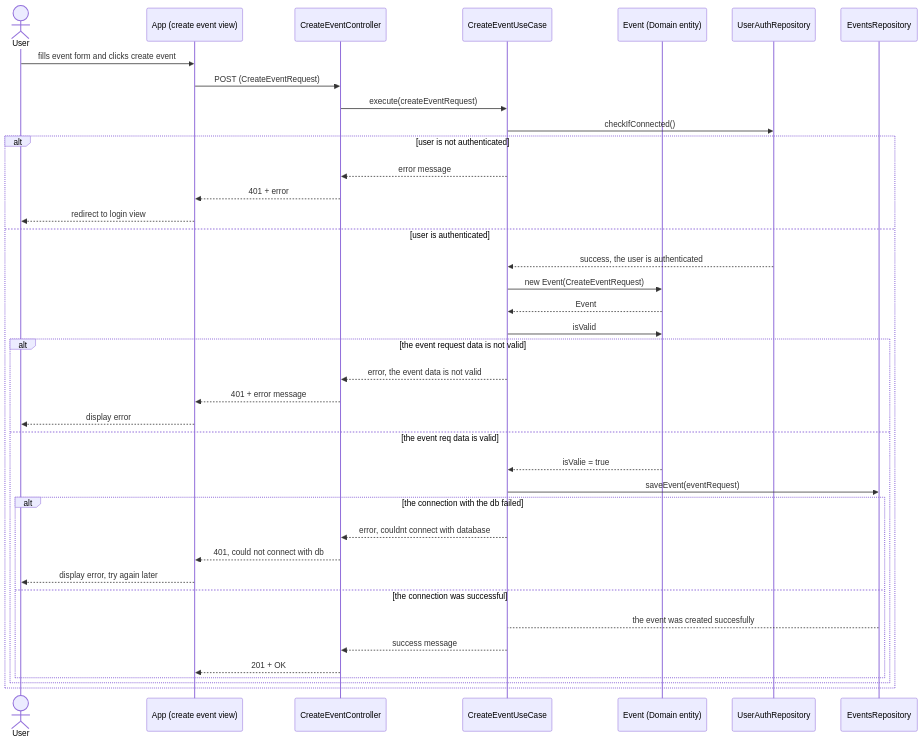
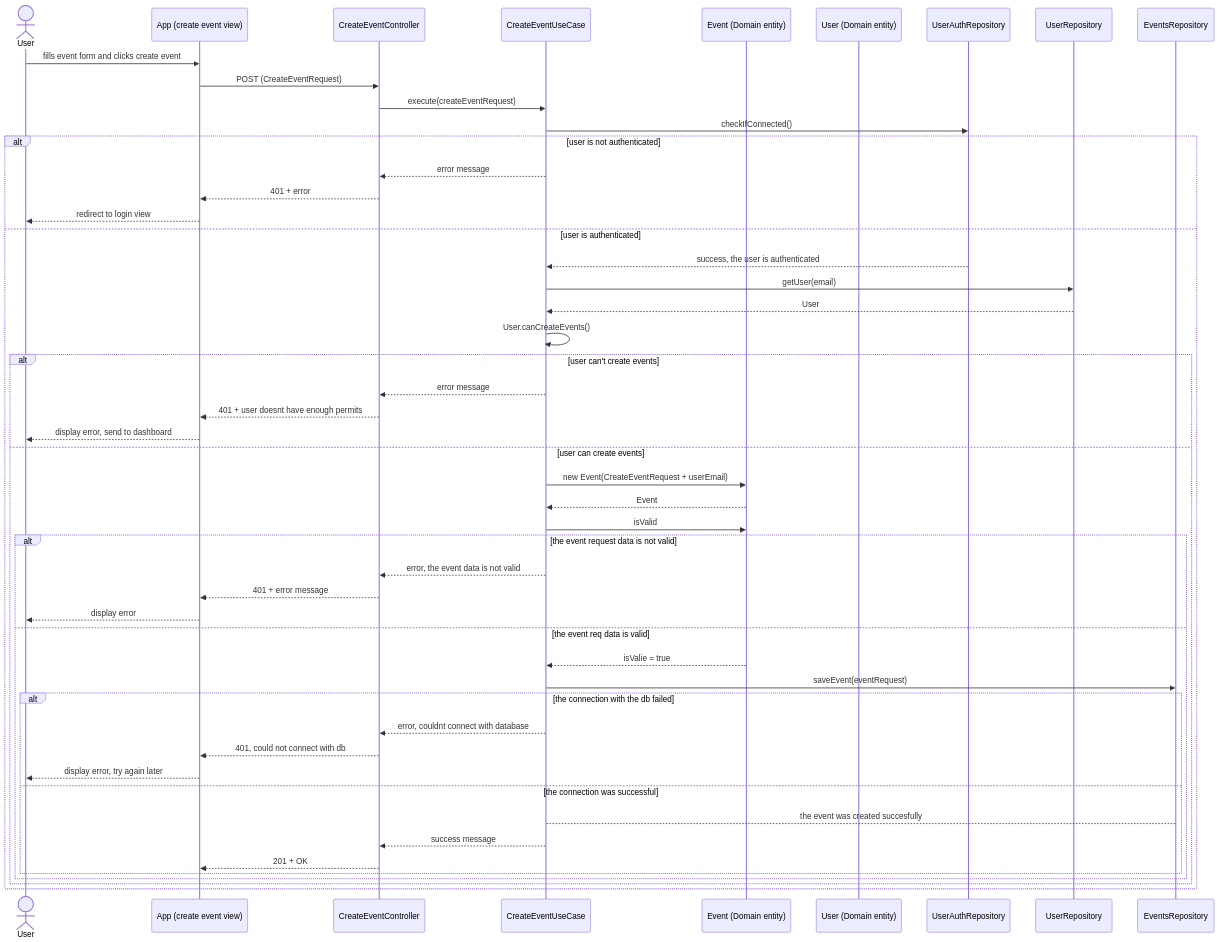
The diagram in docs/events.md (Lenninssp/Cannin-Tickets), drawn with Mermaid before and after one commit. The commit also changed 5 other files, not shown here.

Commit message:
request and response models create events

````diff
--- a/docs/events.md
+++ b/docs/events.md
@@ -3,43 +3,54 @@
 ```mermaid
 
 sequenceDiagram
 actor User
 participant UI as App (create event view)
 participant Controller as CreateEventController
 participant UseCase as CreateEventUseCase
 participant EventEntity as Event (Domain entity)
+participant UserEntity as User (Domain entity)
 participant AuthRepo as UserAuthRepository
+participant UserRepo as UserRepository
 participant EventRepo as EventsRepository
 
 User->>UI: fills event form and clicks create event
 UI->>Controller: POST (CreateEventRequest)
 Controller->>UseCase: execute(createEventRequest)
 UseCase->>AuthRepo: checkIfConnected()
 alt user is not authenticated
   UseCase-->>Controller: error message
   Controller-->>UI: 401 + error
   UI-->>User: redirect to login view
 else user is authenticated
 AuthRepo-->>UseCase: success, the user is authenticated
-UseCase->>EventEntity: new Event(CreateEventRequest)
+UseCase->>UserRepo: getUser(email)
+UserRepo-->>UseCase: User
+UseCase->>UseCase: User.canCreateEvents()
+alt user can't create events
+  UseCase-->>Controller: error message
+  Controller-->>UI: 401 + user doesnt have enough permits
+  UI-->>User: display error, send to dashboard
+else user can create events
+UseCase->>EventEntity: new Event(CreateEventRequest + userEmail)
 EventEntity-->>UseCase: Event
 UseCase->>EventEntity: isValid
 alt the event request data is not valid
   UseCase-->>Controller: error, the event data is not valid
   Controller-->>UI: 401 + error message
   UI-->>User: display error
 else the event req data is valid
 EventEntity-->>UseCase: isValie = true
 UseCase->>EventRepo: saveEvent(eventRequest)
 alt the connection with the db failed
   UseCase-->>Controller: error, couldnt connect with database
   Controller-->>UI: 401, could not connect with db
 UI-->>User: display error, try again later
 else the connection was successful
 EventRepo-->UseCase: the event was created succesfully
 UseCase-->>Controller: success message
 Controller-->>UI: 201 + OK
 end
 end
 end
+end
 ```
````
